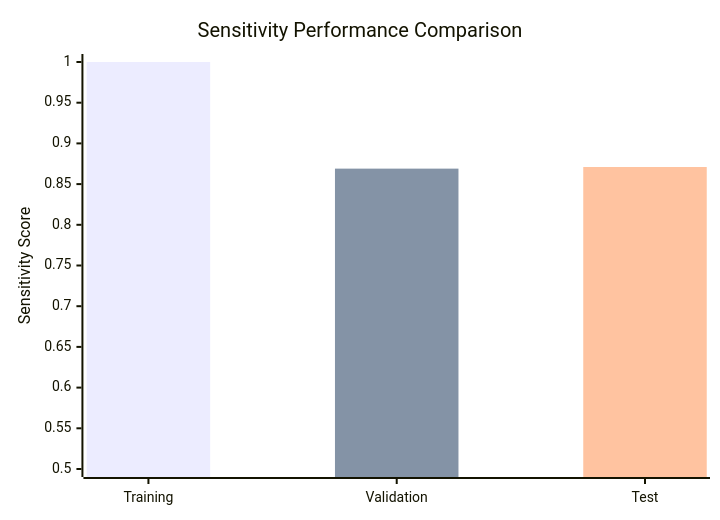
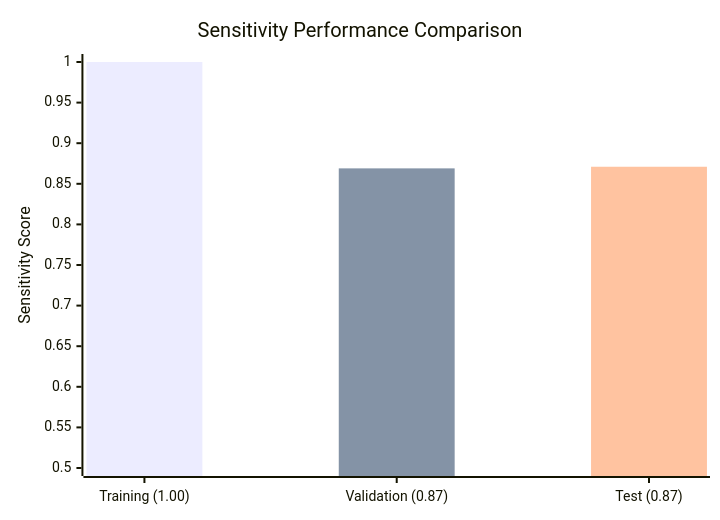
One commit to Daniel-Lachner-Piza/EEG_Characterizer_HFO changed the fourth of 5 diagrams in README.md. Above: the diagram before and after it, drawn with Mermaid. The commit also changed other lines of this file, not shown here.

````diff
--- a/README.md
+++ b/README.md
@@ -75,9 +75,9 @@
 ```mermaid
 xychart-beta
     title "Sensitivity Performance Comparison"
-    x-axis [Training, Validation, Test]
+    x-axis ["Training (1.00)", "Validation (0.87)", "Test (0.87)"]
     y-axis "Sensitivity Score" 0.5 --> 1.0
     bar "Training (1.00)" [1.000, 0, 0]
     bar "Validation (0.87)" [0, 0.869, 0]
     bar "Test (0.87)" [0, 0, 0.871]
 ```
````
